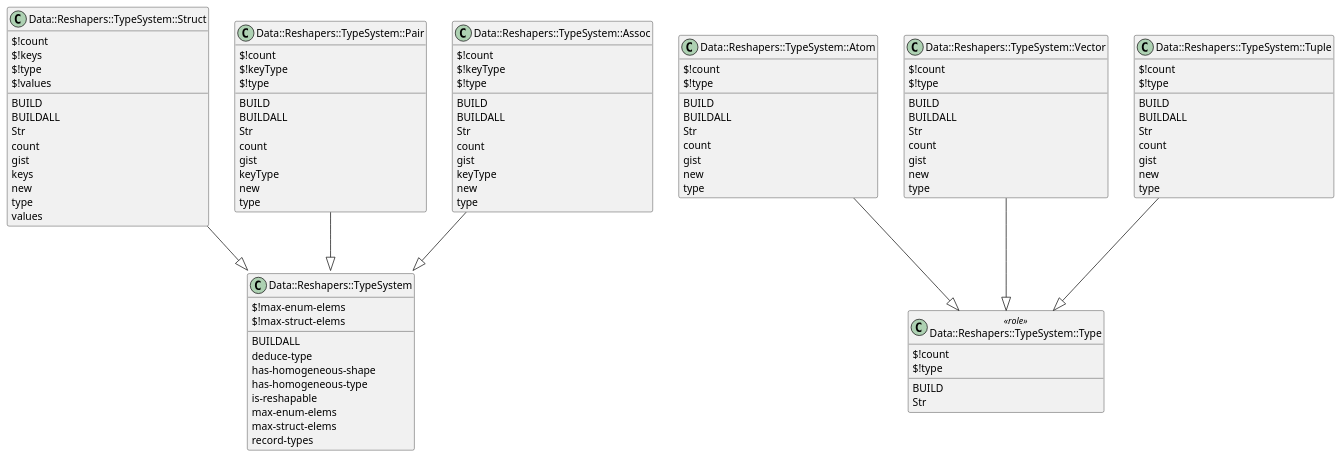
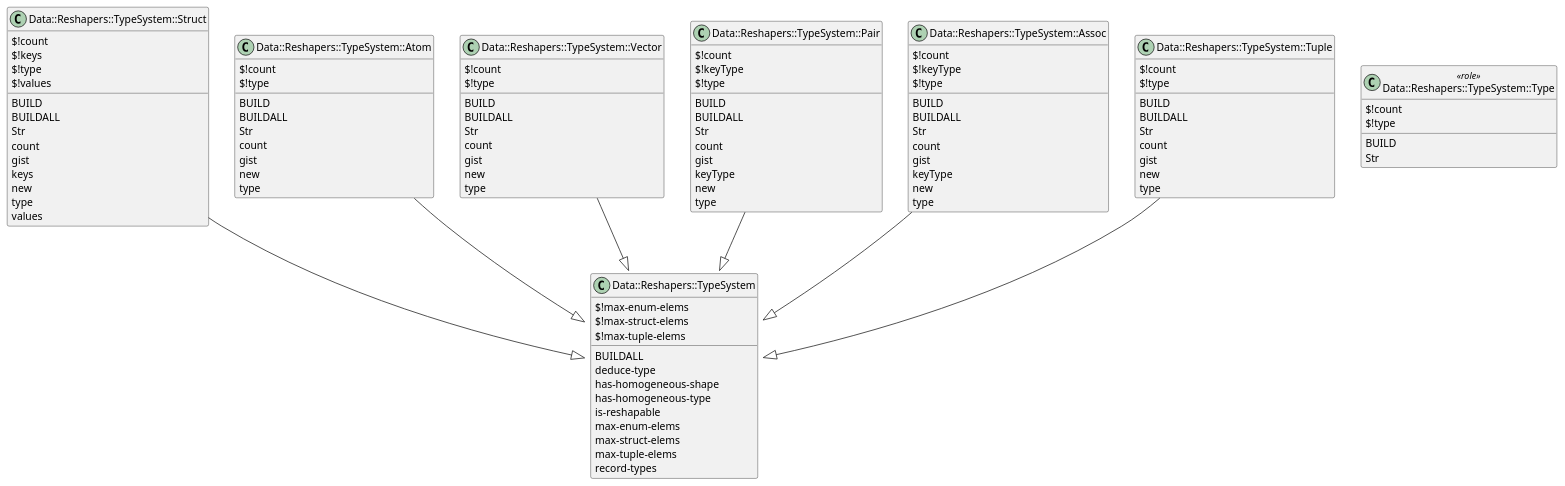
One commit to antononcube/Raku-Data-Reshapers changed the diagram in resources/Data-Reshapers-TypeSystem.puml. Above: the diagram before and after it, drawn with PlantUML. The commit also changed 1 other file, not shown here.

Commit message:
refactor:Updated UML diagrams.

```diff
--- a/resources/Data-Reshapers-TypeSystem.puml
+++ b/resources/Data-Reshapers-TypeSystem.puml
@@ -1,115 +1,118 @@
 @startuml
+class Data::Reshapers::TypeSystem  {
+  {field} $!max-enum-elems
+  {field} $!max-struct-elems
+  {field} $!max-tuple-elems
+  {method} BUILDALL
+  {method} deduce-type
+  {method} has-homogeneous-shape
+  {method} has-homogeneous-type
+  {method} is-reshapable
+  {method} max-enum-elems
+  {method} max-struct-elems
+  {method} max-tuple-elems
+  {method} record-types
+}
+
 
 class Data::Reshapers::TypeSystem::Struct  {
   {field} $!count
   {field} $!keys
   {field} $!type
   {field} $!values
   {method} BUILD
   {method} BUILDALL
   {method} Str
   {method} count
   {method} gist
   {method} keys
   {method} new
   {method} type
   {method} values
 }
 Data::Reshapers::TypeSystem::Struct --|> Data::Reshapers::TypeSystem::Type
+
+
+class Data::Reshapers::TypeSystem::Atom  {
+  {field} $!count
+  {field} $!type
+  {method} BUILD
+  {method} BUILDALL
+  {method} Str
+  {method} count
+  {method} gist
+  {method} new
+  {method} type
+}
+Data::Reshapers::TypeSystem::Atom --|> Data::Reshapers::TypeSystem::Type
+
+
+class Data::Reshapers::TypeSystem::Vector  {
+  {field} $!count
+  {field} $!type
+  {method} BUILD
+  {method} BUILDALL
+  {method} Str
+  {method} count
+  {method} gist
+  {method} new
+  {method} type
+}
+Data::Reshapers::TypeSystem::Vector --|> Data::Reshapers::TypeSystem::Type
 
 
 class Data::Reshapers::TypeSystem::Pair  {
   {field} $!count
   {field} $!keyType
   {field} $!type
   {method} BUILD
   {method} BUILDALL
   {method} Str
   {method} count
   {method} gist
   {method} keyType
   {method} new
   {method} type
 }
 Data::Reshapers::TypeSystem::Pair --|> Data::Reshapers::TypeSystem::Type
 
 
 class Data::Reshapers::TypeSystem::Assoc  {
   {field} $!count
   {field} $!keyType
   {field} $!type
   {method} BUILD
   {method} BUILDALL
   {method} Str
   {method} count
   {method} gist
   {method} keyType
   {method} new
   {method} type
 }
 Data::Reshapers::TypeSystem::Assoc --|> Data::Reshapers::TypeSystem::Type
 
 
-class Data::Reshapers::TypeSystem::Type <<role>> {
-  {field} $!count
-  {field} $!type
-  {method} BUILD
-  {method} Str
-}
-
-
-class Data::Reshapers::TypeSystem::Atom  {
-  {field} $!count
-  {field} $!type
-  {method} BUILD
-  {method} BUILDALL
-  {method} Str
-  {method} count
-  {method} gist
-  {method} new
-  {method} type
-}
-Data::Reshapers::TypeSystem::Atom --|> Data::Reshapers::TypeSystem::Type
-
-
-class Data::Reshapers::TypeSystem::Vector  {
-  {field} $!count
-  {field} $!type
-  {method} BUILD
-  {method} BUILDALL
-  {method} Str
-  {method} count
-  {method} gist
-  {method} new
-  {method} type
-}
-Data::Reshapers::TypeSystem::Vector --|> Data::Reshapers::TypeSystem::Type
-
-
 class Data::Reshapers::TypeSystem::Tuple  {
   {field} $!count
   {field} $!type
   {method} BUILD
   {method} BUILDALL
   {method} Str
   {method} count
   {method} gist
   {method} new
   {method} type
 }
 Data::Reshapers::TypeSystem::Tuple --|> Data::Reshapers::TypeSystem::Type
 
-class Data::Reshapers::TypeSystem  {
-  {field} $!max-enum-elems
-  {field} $!max-struct-elems
-  {method} BUILDALL
-  {method} deduce-type
-  {method} has-homogeneous-shape
-  {method} has-homogeneous-type
-  {method} is-reshapable
-  {method} max-enum-elems
-  {method} max-struct-elems
-  {method} record-types
+
+class Data::Reshapers::TypeSystem::Type <<role>> {
+  {field} $!count
+  {field} $!type
+  {method} BUILD
+  {method} Str
 }
 
+
 @enduml
```
